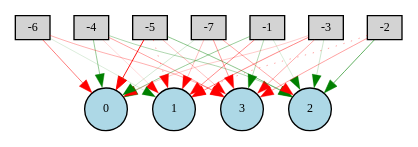
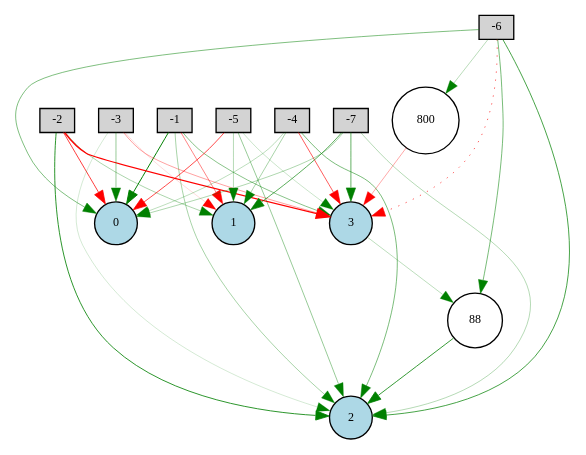
The diagram in Digraph.gv (matrodrigues123/Neat-Snake), drawn with Graphviz before and after one commit. The commit also changed 3 other files, not shown here.

```diff
--- a/Digraph.gv
+++ b/Digraph.gv
@@ -1,40 +1,48 @@
 digraph {
 	node [fontsize=9 height=0.2 shape=circle width=0.2]
 	-1 [fillcolor=lightgray shape=box style=filled]
 	-2 [fillcolor=lightgray shape=box style=filled]
 	-3 [fillcolor=lightgray shape=box style=filled]
 	-4 [fillcolor=lightgray shape=box style=filled]
 	-5 [fillcolor=lightgray shape=box style=filled]
 	-6 [fillcolor=lightgray shape=box style=filled]
 	-7 [fillcolor=lightgray shape=box style=filled]
 	0 [fillcolor=lightblue style=filled]
 	1 [fillcolor=lightblue style=filled]
 	2 [fillcolor=lightblue style=filled]
 	3 [fillcolor=lightblue style=filled]
-	-1 -> 0 [color=green penwidth=0.2963863584310907 style=solid]
-	-1 -> 1 [color=red penwidth=0.33955485182249223 style=solid]
-	-1 -> 2 [color=green penwidth=0.12039792584210691 style=solid]
-	-1 -> 3 [color=green penwidth=0.22525006371843392 style=solid]
-	-2 -> 1 [color=red penwidth=0.2830333599731606 style=dotted]
-	-2 -> 2 [color=green penwidth=0.47284976162964676 style=solid]
-	-2 -> 3 [color=red penwidth=0.2750945879542293 style=solid]
-	-3 -> 0 [color=red penwidth=0.16000787699348867 style=solid]
-	-3 -> 1 [color=red penwidth=0.36485244854569954 style=solid]
-	-3 -> 2 [color=green penwidth=0.15416257304323927 style=solid]
-	-3 -> 3 [color=red penwidth=0.24657788617406856 style=solid]
-	-4 -> 0 [color=green penwidth=0.3094519132263348 style=solid]
-	-4 -> 1 [color=red penwidth=0.11299622953011008 style=solid]
-	-4 -> 2 [color=green penwidth=0.2354989997027702 style=solid]
-	-4 -> 3 [color=red penwidth=0.26784293746162474 style=solid]
-	-5 -> 0 [color=red penwidth=0.6910036196935119 style=solid]
-	-5 -> 1 [color=red penwidth=0.2673624979297369 style=dotted]
-	-5 -> 2 [color=green penwidth=0.3384427043956928 style=solid]
-	-5 -> 3 [color=red penwidth=0.19483478821259698 style=solid]
-	-6 -> 0 [color=red penwidth=0.38987944422123255 style=solid]
-	-6 -> 1 [color=green penwidth=0.10729200573434157 style=solid]
-	-6 -> 3 [color=red penwidth=0.23559195383467335 style=solid]
-	-7 -> 0 [color=green penwidth=0.12994587930770934 style=solid]
-	-7 -> 1 [color=red penwidth=0.18937940951659887 style=solid]
-	-7 -> 2 [color=red penwidth=0.2597002461775008 style=solid]
-	-7 -> 3 [color=red penwidth=0.2969212675389895 style=solid]
+	800 [fillcolor=white style=filled]
+	88 [fillcolor=white style=filled]
+	-1 -> 0 [color=green penwidth=0.7360276074016746 style=solid]
+	-1 -> 1 [color=red penwidth=0.3641050549882181 style=solid]
+	-1 -> 2 [color=green penwidth=0.2649393355896833 style=solid]
+	-1 -> 3 [color=green penwidth=0.3483498031713598 style=solid]
+	-2 -> 0 [color=red penwidth=0.5722355912080315 style=solid]
+	-2 -> 1 [color=green penwidth=0.2544240161850315 style=solid]
+	-2 -> 2 [color=green penwidth=0.6175981979052382 style=solid]
+	-2 -> 3 [color=red penwidth=0.95641641035029 style=solid]
+	-3 -> 0 [color=green penwidth=0.3147335606007684 style=solid]
+	-3 -> 1 [color=red penwidth=0.10957870332467157 style=solid]
+	-3 -> 2 [color=green penwidth=0.1339991536444642 style=solid]
+	-3 -> 3 [color=red penwidth=0.28471540148630725 style=solid]
+	-4 -> 0 [color=green penwidth=0.19971879289707073 style=solid]
+	-4 -> 1 [color=green penwidth=0.25511490161140304 style=solid]
+	-4 -> 2 [color=green penwidth=0.39058711760530296 style=solid]
+	-4 -> 3 [color=red penwidth=0.47695399675147265 style=solid]
+	-5 -> 0 [color=red penwidth=0.5303183996674545 style=solid]
+	-5 -> 1 [color=green penwidth=0.21701371306170897 style=solid]
+	-5 -> 2 [color=green penwidth=0.30808249718823566 style=solid]
+	-5 -> 3 [color=green penwidth=0.1557402603362649 style=solid]
+	-6 -> 0 [color=green penwidth=0.3828926764095074 style=solid]
+	-6 -> 2 [color=green penwidth=0.5414156536944729 style=solid]
+	-6 -> 3 [color=red penwidth=0.46642440613500935 style=dotted]
+	-7 -> 0 [color=green penwidth=0.24046041988152558 style=solid]
+	-7 -> 1 [color=green penwidth=0.4802899279128663 style=solid]
+	-7 -> 2 [color=green penwidth=0.2163540713235445 style=solid]
+	-7 -> 3 [color=green penwidth=0.4616747669164789 style=solid]
+	-6 -> 88 [color=green penwidth=0.40008872654726213 style=solid]
+	88 -> 2 [color=green penwidth=0.5924497077910671 style=solid]
+	3 -> 88 [color=green penwidth=0.19607970345972336 style=solid]
+	-6 -> 800 [color=green penwidth=0.21184637944720988 style=solid]
+	800 -> 3 [color=red penwidth=0.2617404075126696 style=solid]
 }
```
